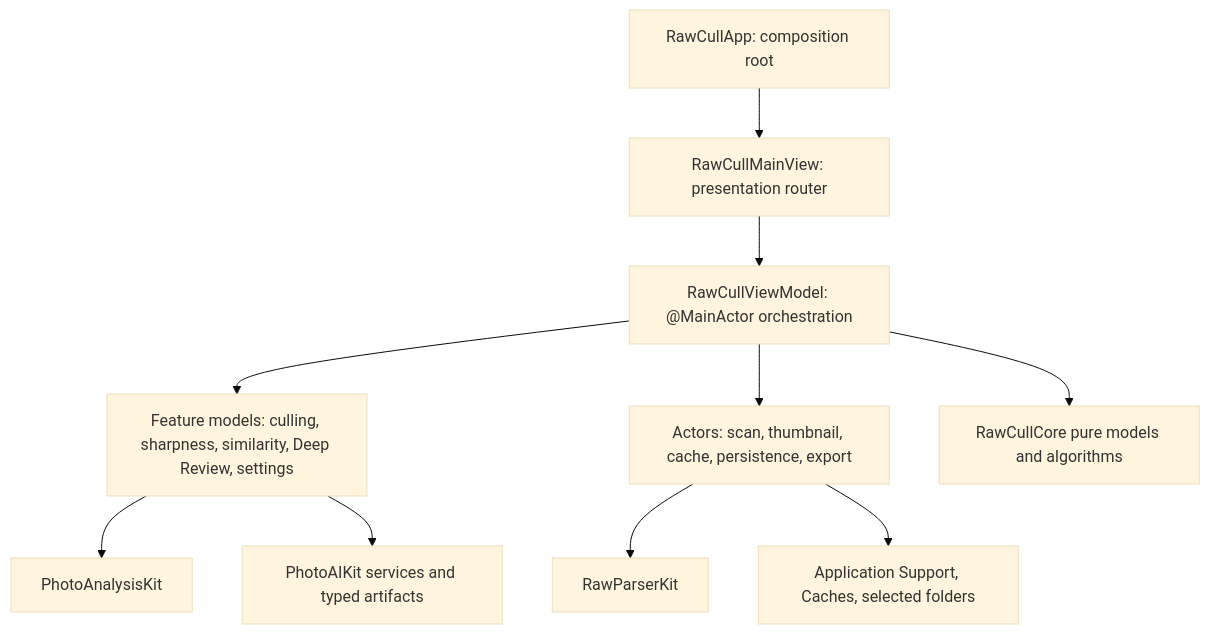
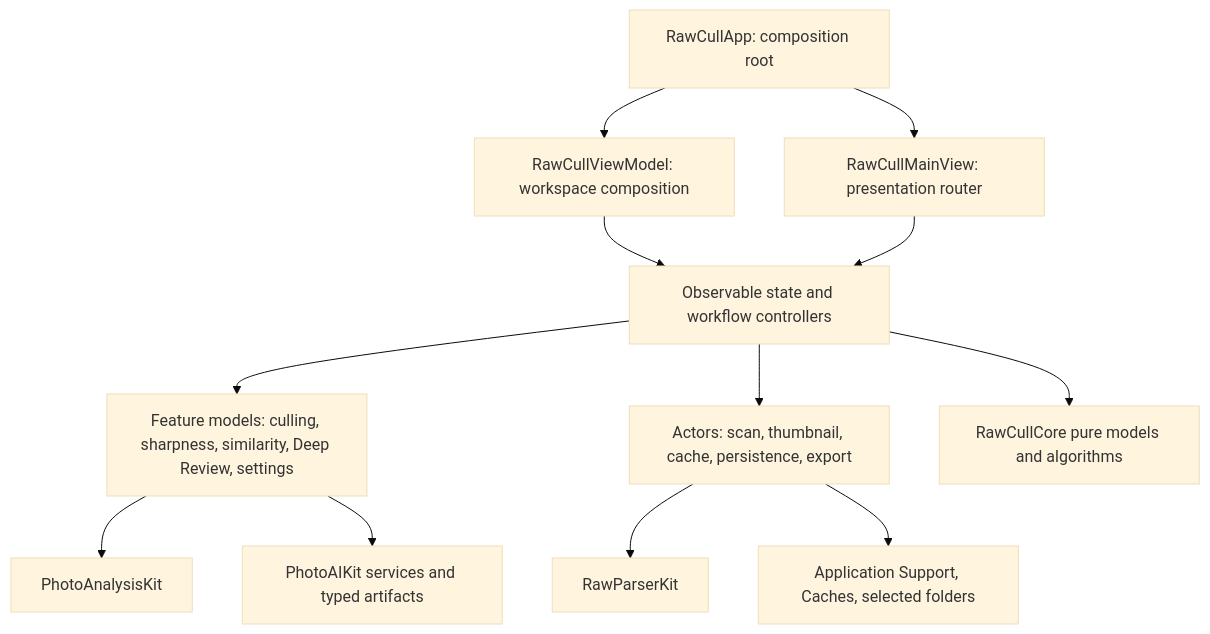
The diagram in content/en/docs/_index.md (rsyncOSX/TechDocRawcull), drawn with Mermaid (base theme) before and after one commit. The commit also changed other lines of this file and 41 other files, not shown here.

````diff
--- a/content/en/docs/_index.md
+++ b/content/en/docs/_index.md
@@ -67,12 +67,14 @@
 ```mermaid
 flowchart TD
     App["RawCullApp: composition root"] --> Main["RawCullMainView: presentation router"]
-    Main --> VM["RawCullViewModel: @MainActor orchestration"]
-    VM --> Feature["Feature models: culling, sharpness, similarity, Deep Review, settings"]
-    VM --> Actors["Actors: scan, thumbnail, cache, persistence, export"]
+    App --> VM["RawCullViewModel: workspace composition"]
+    VM --> Owners["Observable state and workflow controllers"]
+    Main --> Owners
+    Owners --> Feature["Feature models: culling, sharpness, similarity, Deep Review, settings"]
+    Owners --> Actors["Actors: scan, thumbnail, cache, persistence, export"]
     Feature --> Analysis["PhotoAnalysisKit"]
     Feature --> AI["PhotoAIKit services and typed artifacts"]
     Actors --> Parser["RawParserKit"]
-    VM --> Core["RawCullCore pure models and algorithms"]
+    Owners --> Core["RawCullCore pure models and algorithms"]
     Actors --> Storage["Application Support, Caches, selected folders"]
 ```
````
